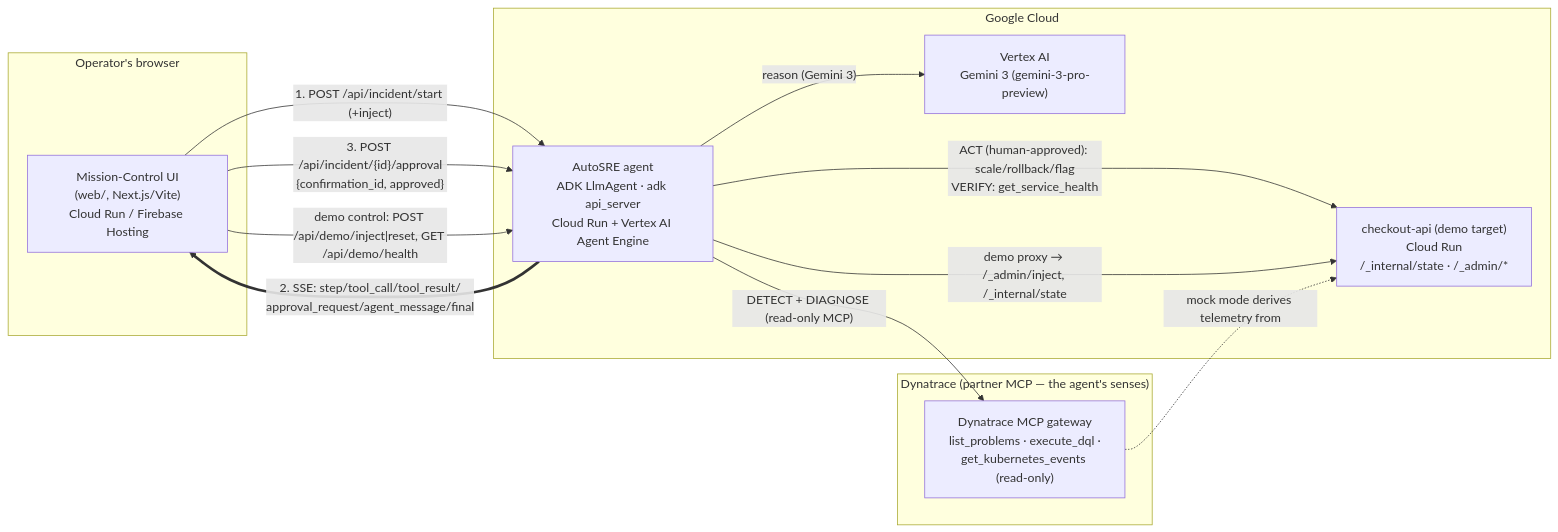
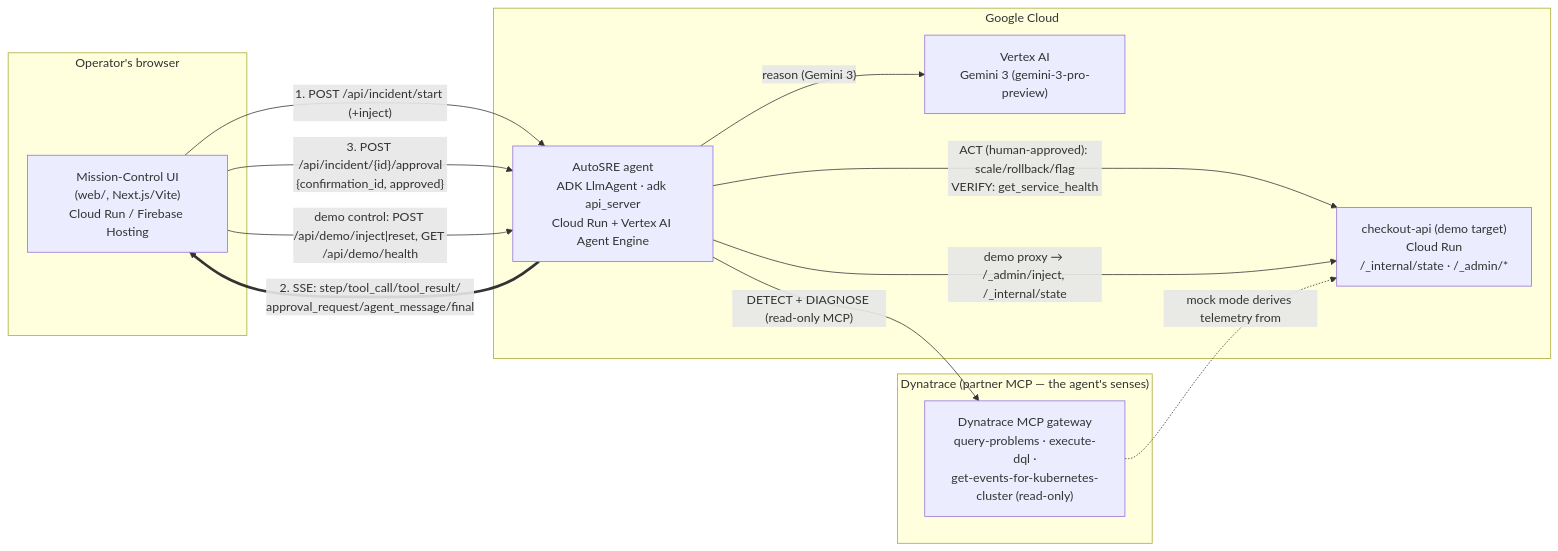
One commit to thylinao1/autosre changed the diagram in ARCHITECTURE.md. Above: the diagram before and after it, drawn with Mermaid. The commit also changed 16 other files, not shown here.

First line of the commit message:
fix(dynatrace): align tool names to the real MCP gateway

````diff
--- a/ARCHITECTURE.md
+++ b/ARCHITECTURE.md
@@ -45,27 +45,27 @@
 ```mermaid
 flowchart LR
   subgraph browser["Operator's browser"]
     UI["Mission-Control UI<br/>(web/, Next.js/Vite)<br/>Cloud Run / Firebase Hosting"]
   end
 
   subgraph gcp["Google Cloud"]
     AGENT["AutoSRE agent<br/>ADK LlmAgent · adk api_server<br/>Cloud Run + Vertex AI Agent Engine"]
     TARGET["checkout-api (demo target)<br/>Cloud Run<br/>/_internal/state · /_admin/*"]
     VERTEX["Vertex AI<br/>Gemini 3 (gemini-3-pro-preview)"]
   end
 
   subgraph dt["Dynatrace (partner MCP — the agent's senses)"]
-    MCP["Dynatrace MCP gateway<br/>list_problems · execute_dql ·<br/>get_kubernetes_events (read-only)"]
+    MCP["Dynatrace MCP gateway<br/>query-problems · execute-dql ·<br/>get-events-for-kubernetes-cluster (read-only)"]
   end
 
   UI -- "1. POST /api/incident/start (+inject)" --> AGENT
   AGENT == "2. SSE: step/tool_call/tool_result/<br/>approval_request/agent_message/final" ==> UI
   UI -- "3. POST /api/incident/{id}/approval<br/>{confirmation_id, approved}" --> AGENT
   UI -- "demo control: POST /api/demo/inject|reset, GET /api/demo/health" --> AGENT
 
   AGENT -- "reason (Gemini 3)" --> VERTEX
   AGENT -- "DETECT + DIAGNOSE (read-only MCP)" --> MCP
   AGENT -- "ACT (human-approved): scale/rollback/flag<br/>VERIFY: get_service_health" --> TARGET
   AGENT -- "demo proxy → /_admin/inject, /_internal/state" --> TARGET
   MCP -. "mock mode derives telemetry from" .-> TARGET
 ```
````
